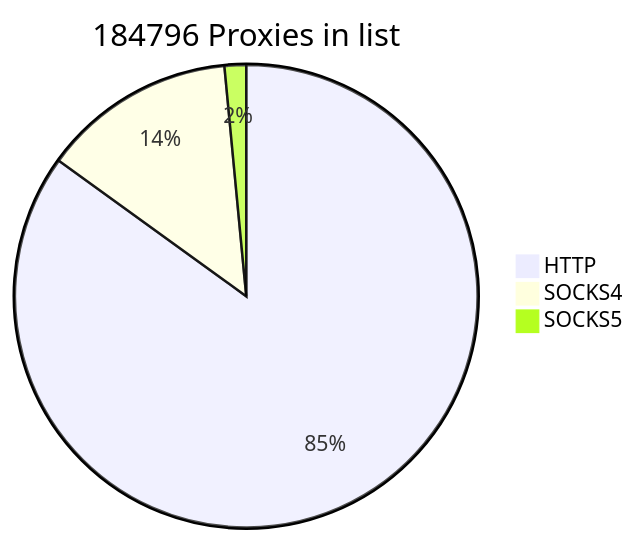
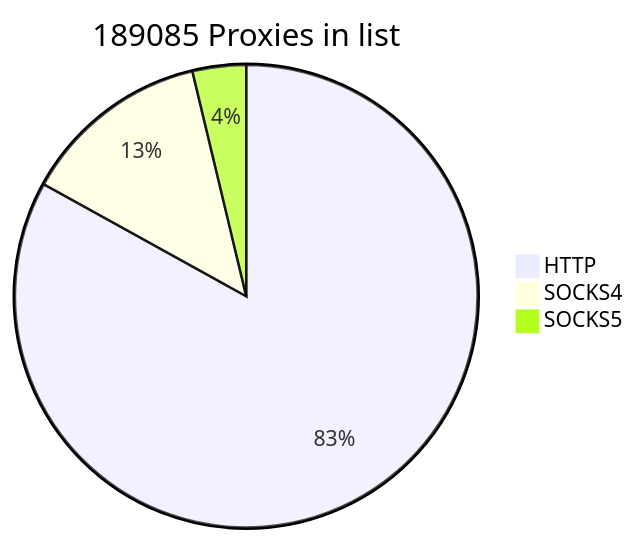
Before and after one commit to cutipu/proxylist: the first of 2 diagrams in README.md, drawn with Mermaid. The commit also changed other lines of this file, not shown here.

````diff
--- a/README.md
+++ b/README.md
@@ -2,7 +2,7 @@
 ```mermaid
-pie title 184796 Proxies in list
+pie title 189085 Proxies in list
     "HTTP" : 157019
     "SOCKS4" : 24992
-    "SOCKS5" : 2785
+    "SOCKS5" : 7074
             
 ```
````
